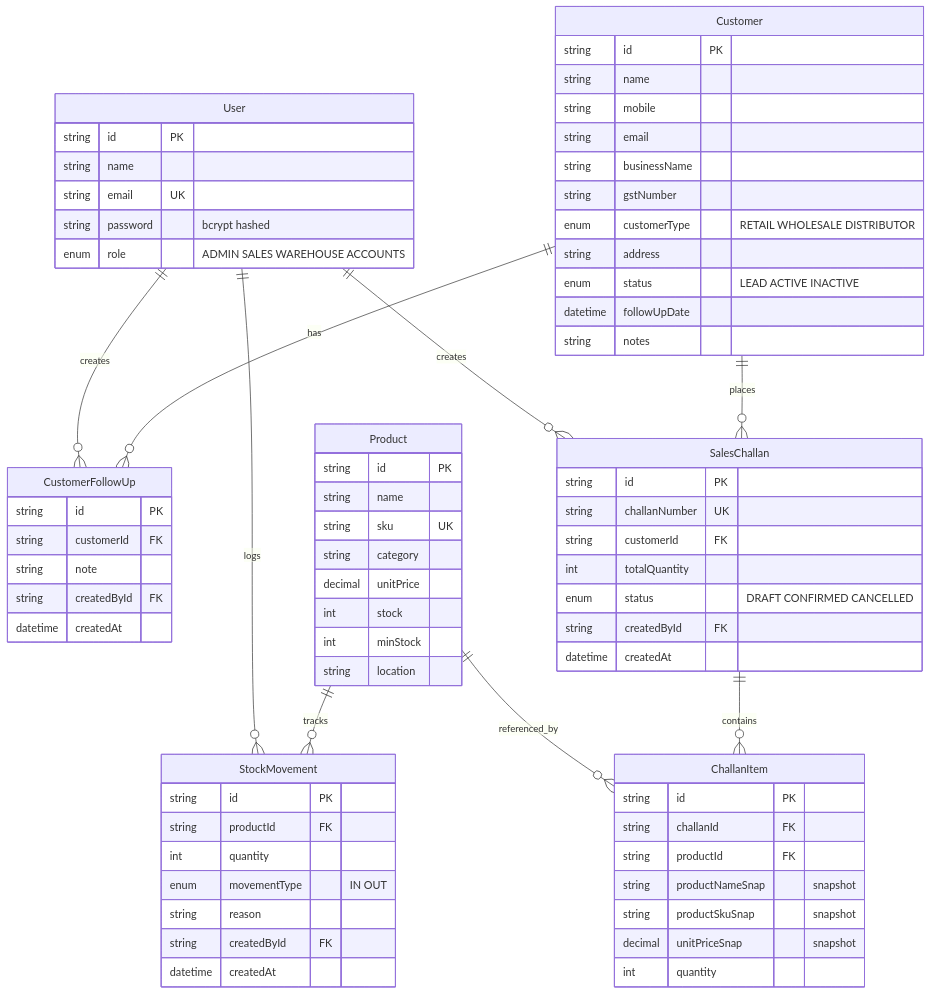
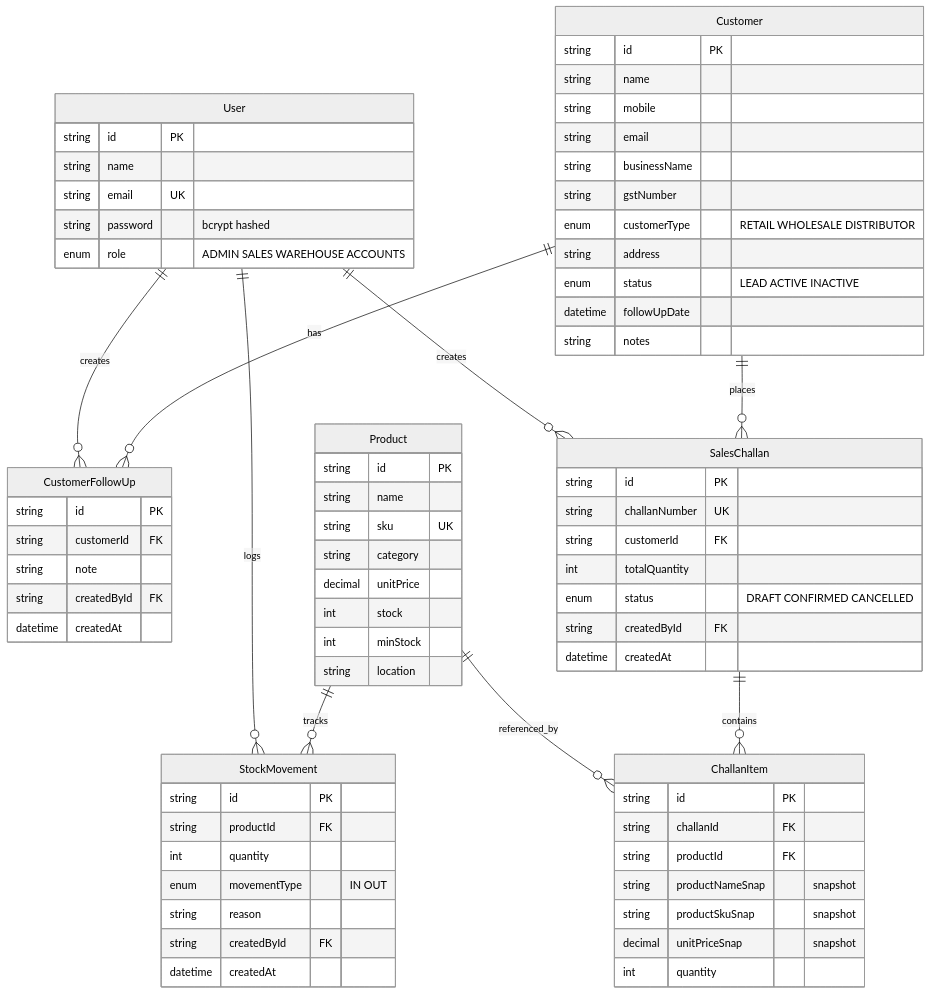
One commit to pvasu9055-hash/mini-erp-crm changed the second of 3 diagrams in README.md. Above: the diagram before and after it, drawn with Mermaid. The commit also changed other lines of this file, not shown here.

````diff
--- a/README.md
+++ b/README.md
@@ -104,76 +105,77 @@
 ```mermaid
+%%{init: {"theme": "neutral", "themeVariables": {"primaryTextColor": "#000000", "textColor": "#000000", "lineColor": "#000000"}}}%%
 erDiagram
     User ||--o{ CustomerFollowUp : creates
     User ||--o{ StockMovement : logs
     User ||--o{ SalesChallan : creates
     Customer ||--o{ CustomerFollowUp : has
     Customer ||--o{ SalesChallan : places
     Product ||--o{ StockMovement : tracks
     Product ||--o{ ChallanItem : referenced_by
     SalesChallan ||--o{ ChallanItem : contains
 
     User {
         string id PK
         string name
         string email UK
         string password "bcrypt hashed"
         enum role "ADMIN SALES WAREHOUSE ACCOUNTS"
     }
     Customer {
         string id PK
         string name
         string mobile
         string email
         string businessName
         string gstNumber
         enum customerType "RETAIL WHOLESALE DISTRIBUTOR"
         string address
         enum status "LEAD ACTIVE INACTIVE"
         datetime followUpDate
         string notes
     }
     CustomerFollowUp {
         string id PK
         string customerId FK
         string note
         string createdById FK
         datetime createdAt
     }
     Product {
         string id PK
         string name
         string sku UK
         string category
         decimal unitPrice
         int stock
         int minStock
         string location
     }
     StockMovement {
         string id PK
         string productId FK
         int quantity
         enum movementType "IN OUT"
         string reason
         string createdById FK
         datetime createdAt
     }
     SalesChallan {
         string id PK
         string challanNumber UK
         string customerId FK
         int totalQuantity
         enum status "DRAFT CONFIRMED CANCELLED"
         string createdById FK
         datetime createdAt
     }
     ChallanItem {
         string id PK
         string challanId FK
         string productId FK
         string productNameSnap "snapshot"
         string productSkuSnap "snapshot"
         decimal unitPriceSnap "snapshot"
         int quantity
     }
 ```
````
